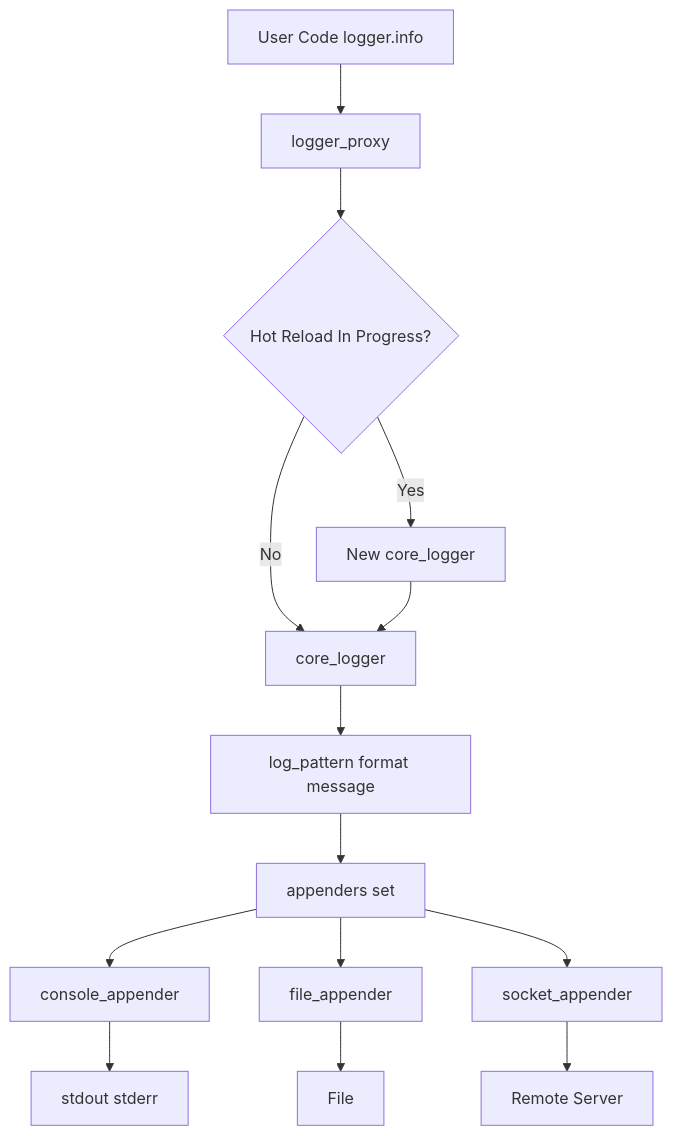
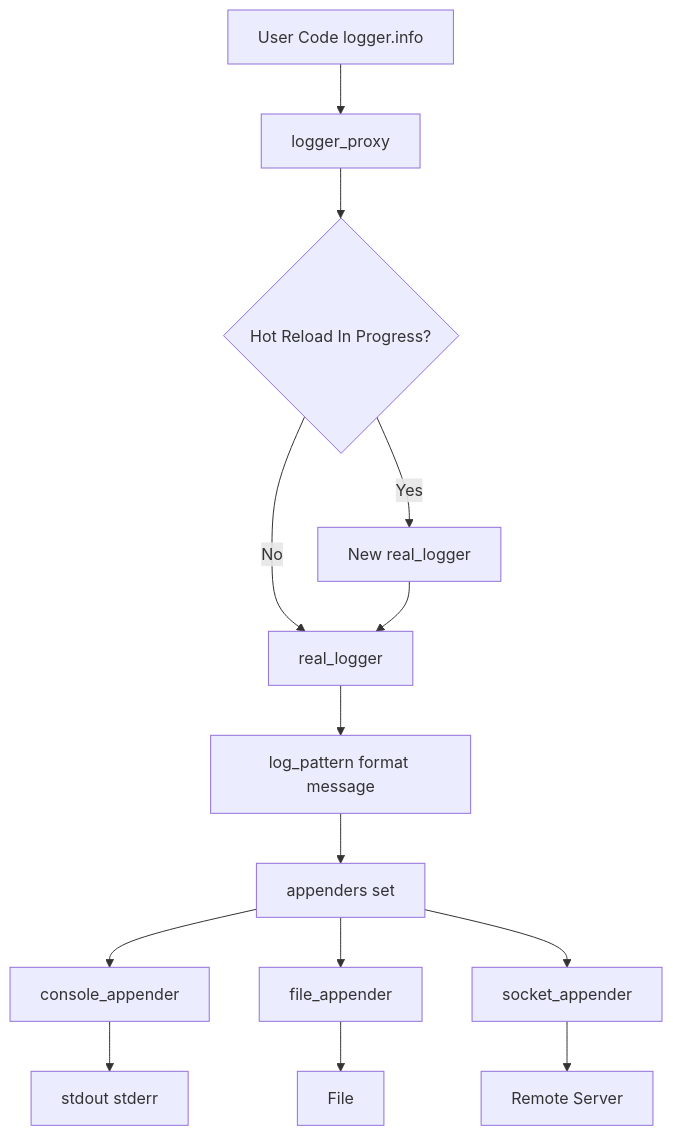
Before and after one commit to lwhttpdorg/log4cpp: the ninth of 10 diagrams in docs/DESIGN.md, drawn with Mermaid. The commit also changed other lines of this file and 20 other files, not shown here.

First line of the commit message:
refactor: rename core_logger to real_logger and instance-ize log_pattern

````diff
--- a/docs/DESIGN.md
+++ b/docs/DESIGN.md
@@ -649,16 +686,16 @@
 ```mermaid
 flowchart TD
     A[User Code logger.info] --> B[logger_proxy]
     B --> C{Hot Reload In Progress?}
-    C -->|No| D[core_logger]
-    C -->|Yes| E[New core_logger]
+    C -->|No| D[real_logger]
+    C -->|Yes| E[New real_logger]
     E --> D
     D --> F[log_pattern format message]
     F --> G[appenders set]
     G --> H[console_appender]
     G --> I[file_appender]
     G --> J[socket_appender]
     H --> K[stdout stderr]
     I --> L[File]
     J --> M[Remote Server]
 ```
````
